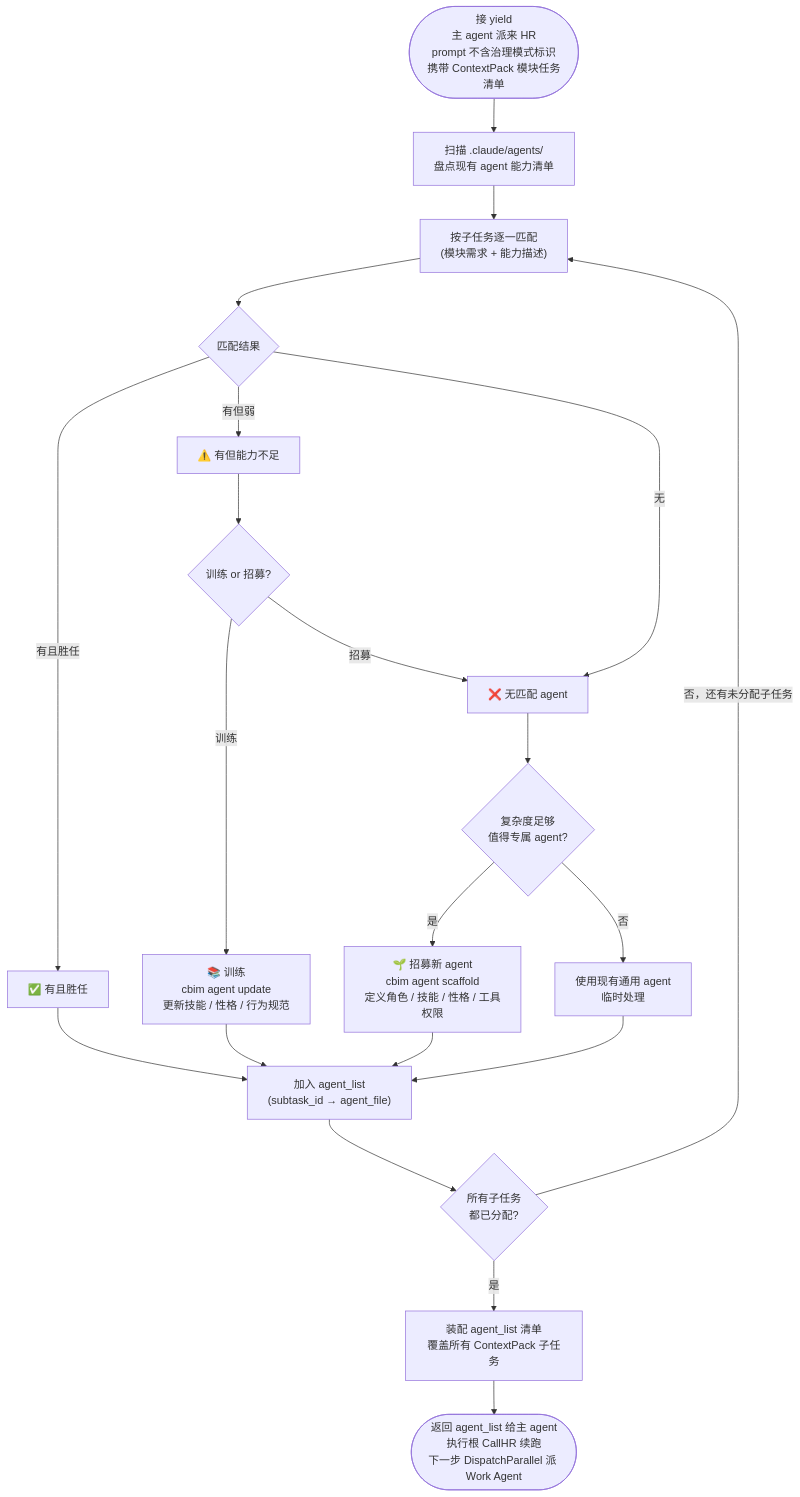
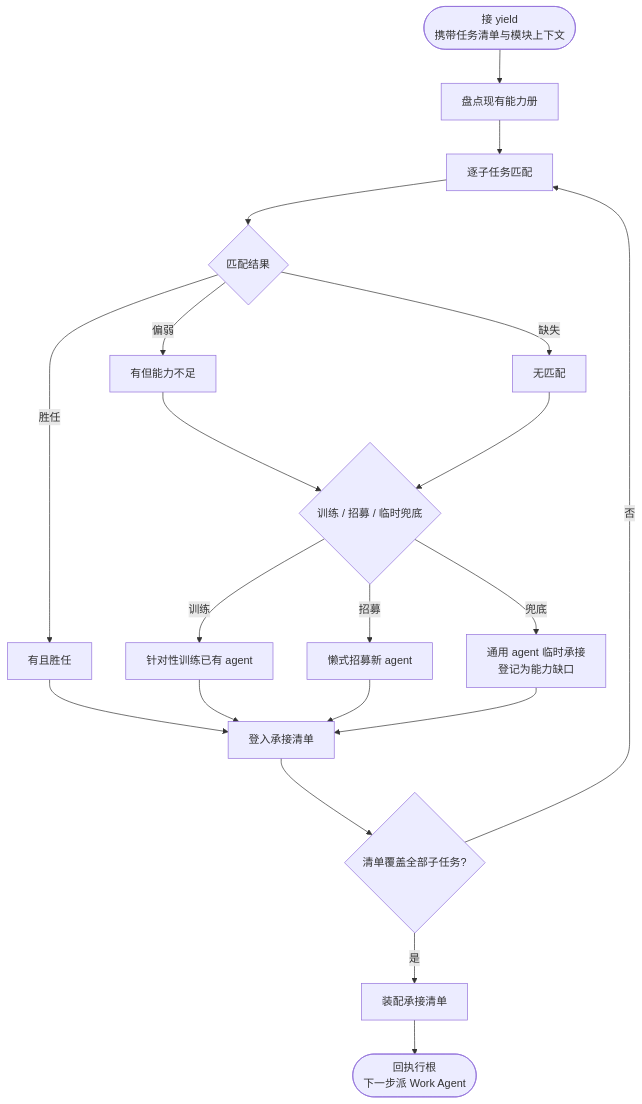
Before and after one commit to nan023062/agent-team-cc: the first of 2 diagrams in design/WORKFLOW-HR.zh-CN.md, drawn with Mermaid. The commit also changed other lines of this file and 36 other files, not shown here.

````diff
--- a/design/WORKFLOW-HR.zh-CN.md
+++ b/design/WORKFLOW-HR.zh-CN.md
@@ -41,50 +22,32 @@
 ```mermaid
 flowchart TD
-    Yield(["接 yield<br/>主 agent 派来 HR<br/>prompt 不含治理模式标识<br/>携带 ContextPack 模块任务清单"])
-
-    Scan["扫描 .claude/agents/<br/>盘点现有 agent 能力清单"]
-    PerTask["按子任务逐一匹配<br/>(模块需求 + 能力描述)"]
+    Yield(["接 yield<br/>携带任务清单与模块上下文"])
+    Scan["盘点现有能力册"]
+    PerTask["逐子任务匹配"]
     Match{"匹配结果"}
 
-    HasFit["✅ 有且胜任"]
-    HasWeak["⚠️ 有但能力不足"]
-    NoAgent["❌ 无匹配 agent"]
+    Fit["有且胜任"]
+    Weak["有但能力不足"]
+    Miss["无匹配"]
 
-    AddToList["加入 agent_list<br/>(subtask_id → agent_file)"]
+    Decide{"训练 / 招募 / 临时兜底"}
+    Train["针对性训练已有 agent"]
+    Recruit["懒式招募新 agent"]
+    Temp["通用 agent 临时承接<br/>登记为能力缺口"]
 
-    TrainOrRecruit{"训练 or 招募?"}
-    Train["📚 训练<br/>cbim agent update<br/>更新技能 / 性格 / 行为规范"]
-    WorthNew{"复杂度足够<br/>值得专属 agent?"}
-    Scaffold["🌱 招募新 agent<br/>cbim agent scaffold<br/>定义角色 / 技能 / 性格 / 工具权限"]
-    Temporary["使用现有通用 agent<br/>临时处理"]
+    AddOne["登入承接清单"]
+    AllDone{"清单覆盖全部子任务?"}
+    Build["装配承接清单"]
+    Return(["回执行根<br/>下一步派 Work Agent"])
 
-    AllDone{"所有子任务<br/>都已分配?"}
-    BuildList["装配 agent_list 清单<br/>覆盖所有 ContextPack 子任务"]
-
-    Return(["返回 agent_list 给主 agent<br/>执行根 CallHR 续跑<br/>下一步 DispatchParallel 派 Work Agent"])
-
-    Yield --> Scan
-    Scan --> PerTask
-    PerTask --> Match
-    Match -->|有且胜任| HasFit
-    Match -->|有但弱| HasWeak
-    Match -->|无| NoAgent
-
-    HasFit --> AddToList
-
-    HasWeak --> TrainOrRecruit
-    TrainOrRecruit -->|训练| Train
-    TrainOrRecruit -->|招募| NoAgent
-    Train --> AddToList
-
-    NoAgent --> WorthNew
-    WorthNew -->|是| Scaffold
-    WorthNew -->|否| Temporary
-    Scaffold --> AddToList
-    Temporary --> AddToList
-
-    AddToList --> AllDone
-    AllDone -->|否，还有未分配子任务| PerTask
-    AllDone -->|是| BuildList
-    BuildList --> Return
+    Yield --> Scan --> PerTask --> Match
+    Match -->|胜任| Fit --> AddOne
+    Match -->|偏弱| Weak --> Decide
+    Match -->|缺失| Miss --> Decide
+    Decide -->|训练| Train --> AddOne
+    Decide -->|招募| Recruit --> AddOne
+    Decide -->|兜底| Temp --> AddOne
+    AddOne --> AllDone
+    AllDone -->|否| PerTask
+    AllDone -->|是| Build --> Return
 ```
````
